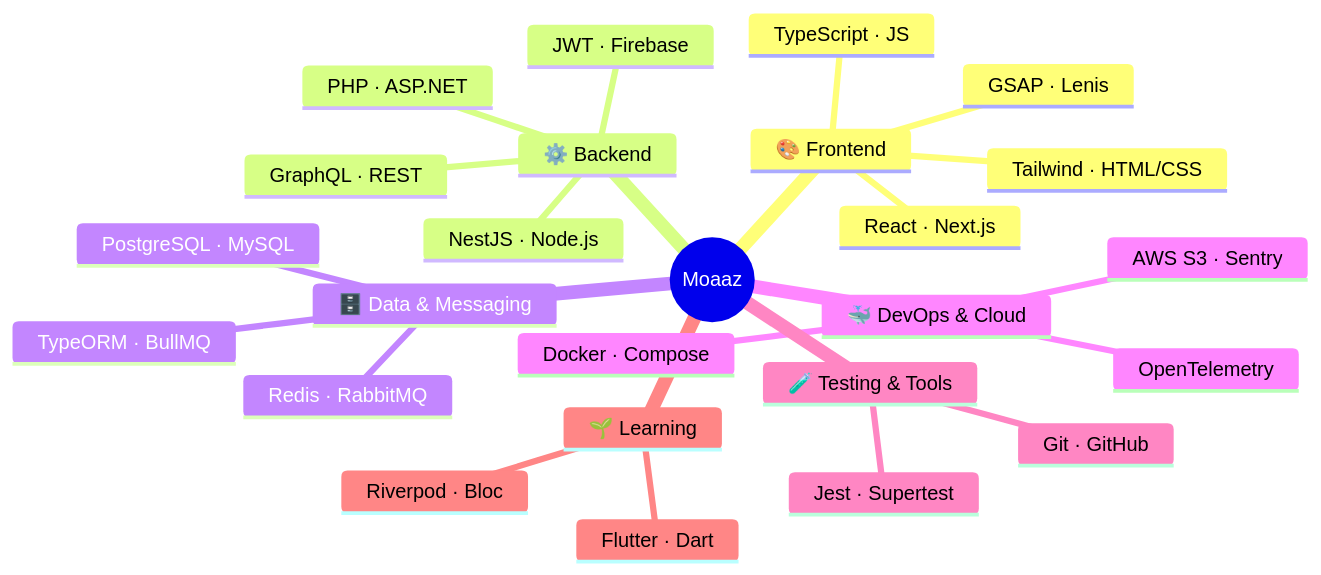
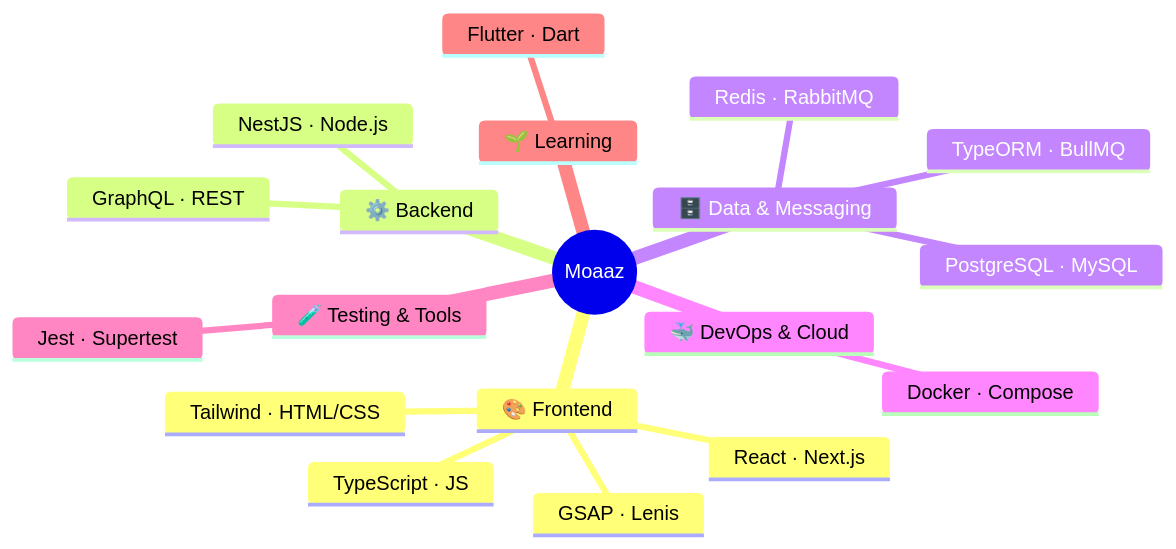
One commit to MoaazHF/MoaazHF changed the diagram in README.md. Above: the diagram before and after it, drawn with Mermaid.

````diff
--- a/README.md
+++ b/README.md
@@ -96,28 +96,22 @@
 ```mermaid
 mindmap
   root((Moaaz))
     🎨 Frontend
       React · Next.js
       TypeScript · JS
       Tailwind · HTML/CSS
       GSAP · Lenis
     ⚙️ Backend
       NestJS · Node.js
       GraphQL · REST
-      JWT · Firebase
-      PHP · ASP.NET
     🗄️ Data & Messaging
       PostgreSQL · MySQL
       Redis · RabbitMQ
       TypeORM · BullMQ
     🐳 DevOps & Cloud
       Docker · Compose
-      AWS S3 · Sentry
-      OpenTelemetry
     🧪 Testing & Tools
       Jest · Supertest
-      Git · GitHub
     🌱 Learning
       Flutter · Dart
-      Riverpod · Bloc
 ```
````
